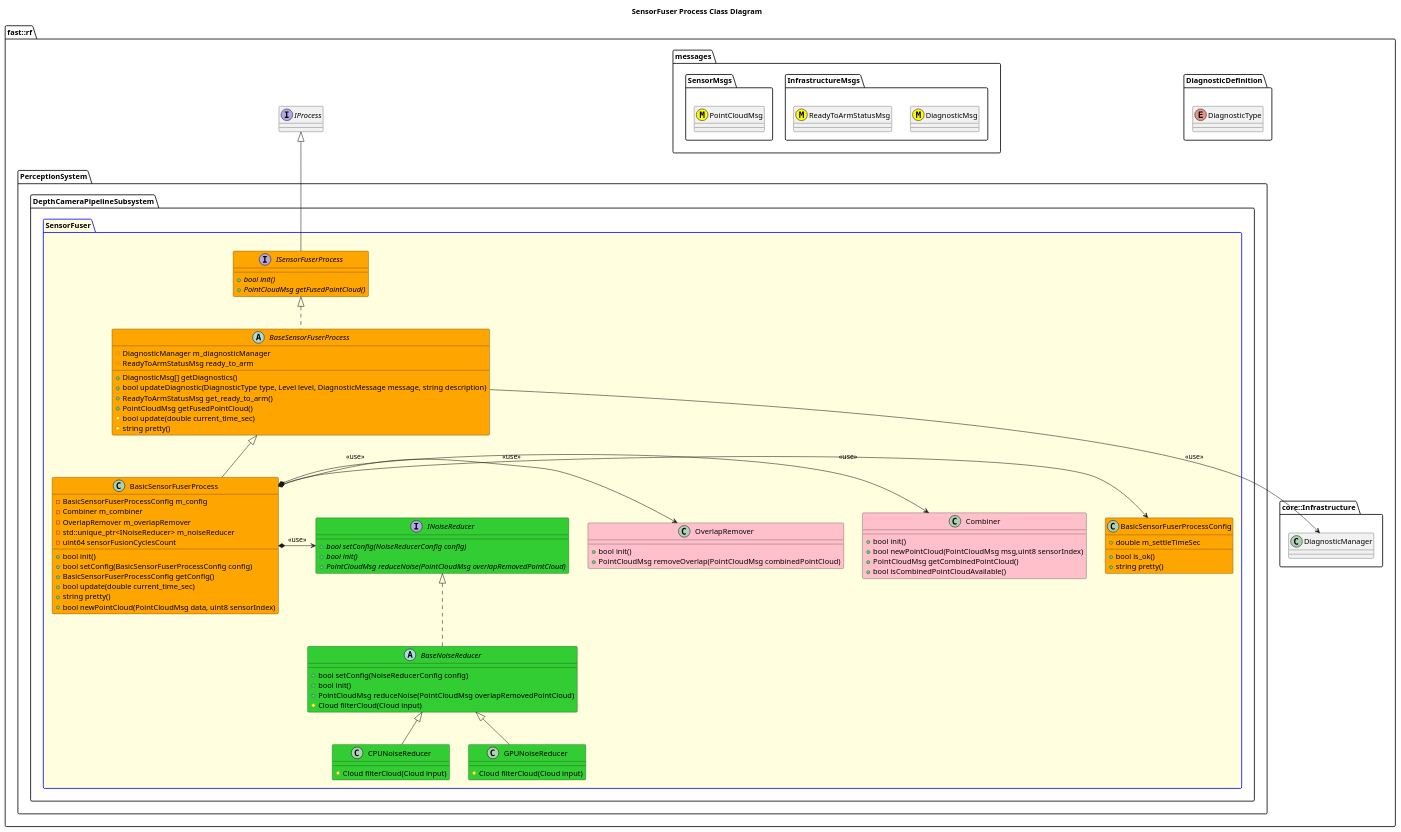
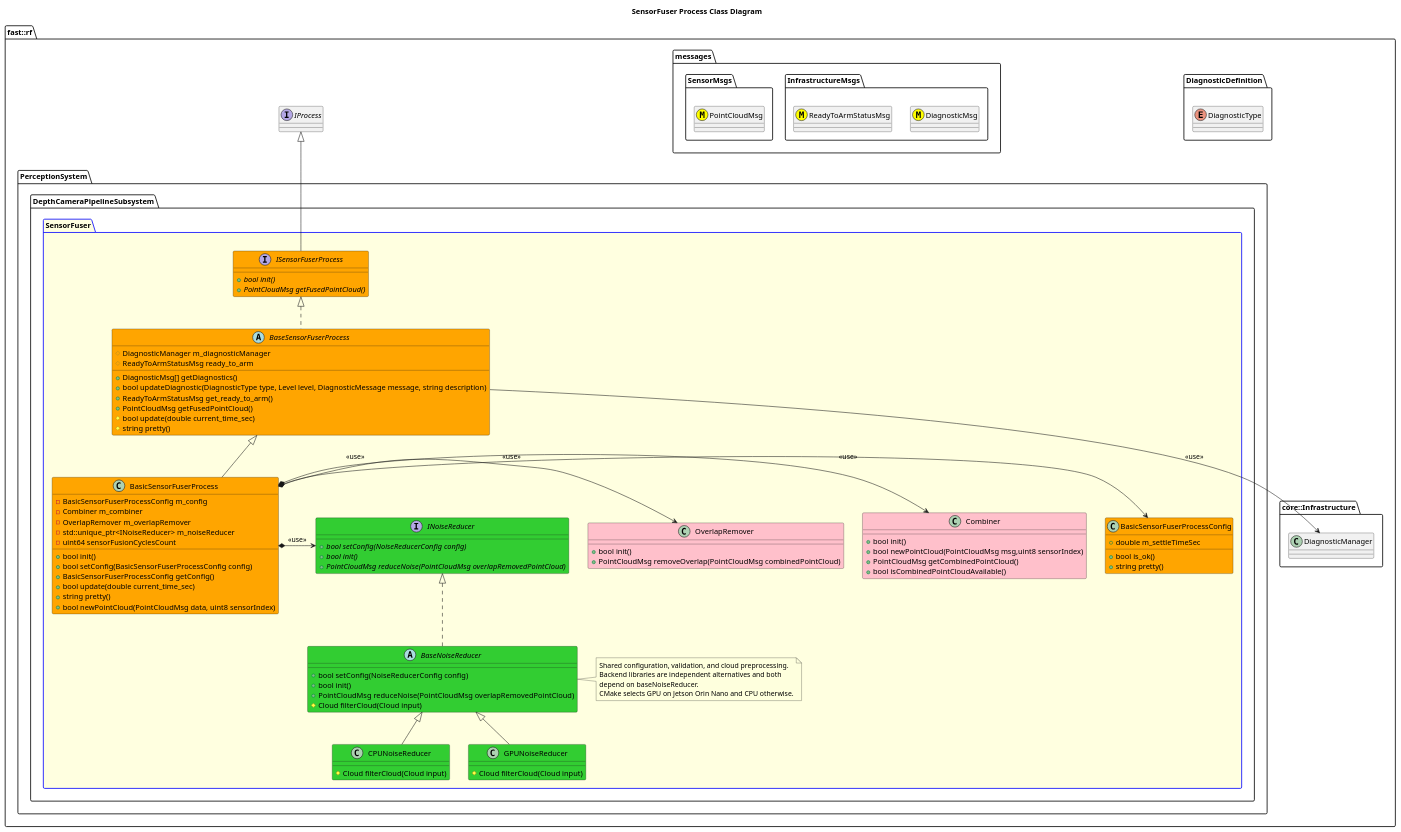
One commit to fastrobotics/robot_framework changed the diagram in Systems/Perception/Subsystems/DepthCameraPipeline/Processes/SensorFuser/doc/puml/SensorFuserProcessClassDiagram.puml. Above: the diagram before and after it, drawn with PlantUML. The commit also changed 30 other files, not shown here.

```diff
--- a/Systems/Perception/Subsystems/DepthCameraPipeline/Processes/SensorFuser/doc/puml/SensorFuserProcessClassDiagram.puml
+++ b/Systems/Perception/Subsystems/DepthCameraPipeline/Processes/SensorFuser/doc/puml/SensorFuserProcessClassDiagram.puml
@@ -2,99 +2,105 @@
 @startuml
 title SensorFuser Process Class Diagram
 
 namespace fast::rf {
     namespace DiagnosticDefinition {
         enum DiagnosticType
     }
     namespace messages {
         namespace InfrastructureMsgs {
             class DiagnosticMsg <<(M,#FFFF00)>>
             class ReadyToArmStatusMsg <<(M,#FFFF00)>>
         }
         namespace SensorMsgs {
             class PointCloudMsg <<(M,#FFFF00)>>
         }
     }
     namespace core::Infrastructure {
         class DiagnosticManager
     }
     interface IProcess
     namespace PerceptionSystem {
         namespace DepthCameraPipelineSubsystem {
             package SensorFuser #LightYellow;line:blue {
                 class Combiner #Pink {
                     +bool init()
                     +bool newPointCloud(PointCloudMsg msg,uint8 sensorIndex)
                     +PointCloudMsg getCombinedPointCloud()
                     +bool isCombinedPointCloudAvailable()
                 }
                 class OverlapRemover #Pink {
                     +bool init()
                     +PointCloudMsg removeOverlap(PointCloudMsg combinedPointCloud)
                 }
                 interface INoiseReducer #LimeGreen {
                     +{abstract} bool setConfig(NoiseReducerConfig config)
                     +{abstract} bool init()
                     +{abstract} PointCloudMsg reduceNoise(PointCloudMsg overlapRemovedPointCloud)
                 }
                 abstract BaseNoiseReducer #LimeGreen {
                     +bool setConfig(NoiseReducerConfig config)
                     +bool init()
                     +PointCloudMsg reduceNoise(PointCloudMsg overlapRemovedPointCloud)
                     #Cloud filterCloud(Cloud input)
                 }
                 class CPUNoiseReducer #LimeGreen {
                     #Cloud filterCloud(Cloud input)
                 }
                 class GPUNoiseReducer #LimeGreen {
                     #Cloud filterCloud(Cloud input)
                 }
+                note right of BaseNoiseReducer
+                    Shared configuration, validation, and cloud preprocessing.
+                    Backend libraries are independent alternatives and both
+                    depend on baseNoiseReducer.
+                    CMake selects GPU on Jetson Orin Nano and CPU otherwise.
+                end note
                 BaseNoiseReducer .up.|> INoiseReducer
                 CPUNoiseReducer -up-|> BaseNoiseReducer
                 GPUNoiseReducer -up-|> BaseNoiseReducer
                 interface ISensorFuserProcess #Orange  {
                     +{abstract} bool init()
                     +{abstract} PointCloudMsg getFusedPointCloud()
                 }
                 ISensorFuserProcess -up-|> IProcess
                 abstract BaseSensorFuserProcess #Orange {
                     +DiagnosticMsg[] getDiagnostics()
                     +bool updateDiagnostic(DiagnosticType type, Level level, DiagnosticMessage message, string description)
                     +ReadyToArmStatusMsg get_ready_to_arm()
                     +PointCloudMsg getFusedPointCloud()
                     #bool update(double current_time_sec)
                     #string pretty()
                     #DiagnosticManager m_diagnosticManager
                     #ReadyToArmStatusMsg ready_to_arm
 
                 }
                 BaseSensorFuserProcess .up.|> ISensorFuserProcess
                 BaseSensorFuserProcess --> DiagnosticManager: <<use>>
                 class BasicSensorFuserProcessConfig #Orange {
                     +bool is_ok()
                     +string pretty()
                     +double m_settleTimeSec
                 }
                 class BasicSensorFuserProcess #Orange {
                     +bool init()
                     +bool setConfig(BasicSensorFuserProcessConfig config)
                     +BasicSensorFuserProcessConfig getConfig()
                     +bool update(double current_time_sec)
                     +string pretty()
                     +bool newPointCloud(PointCloudMsg data, uint8 sensorIndex)
                     -BasicSensorFuserProcessConfig m_config
                     -Combiner m_combiner
                     -OverlapRemover m_overlapRemover
                     -std::unique_ptr<INoiseReducer> m_noiseReducer
                     -uint64 sensorFusionCyclesCount
                 }
                 BasicSensorFuserProcess -up-|> BaseSensorFuserProcess
                 BasicSensorFuserProcess *-> BasicSensorFuserProcessConfig: <<use>>
                 BasicSensorFuserProcess *-> Combiner: <<use>>
                 BasicSensorFuserProcess *-> OverlapRemover: <<use>>
                 BasicSensorFuserProcess *-> INoiseReducer: <<use>>
             }
         }
     }
 }
 @enduml
```
